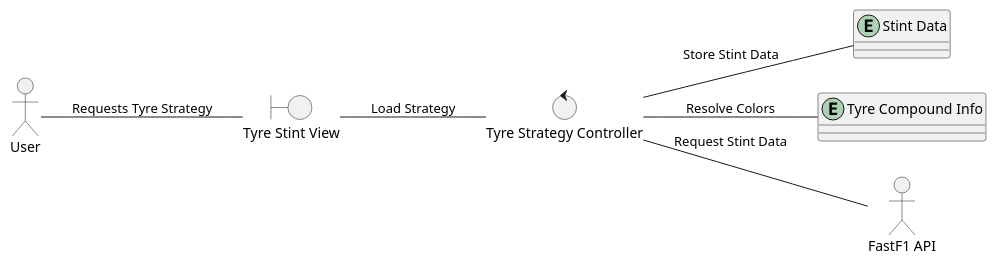
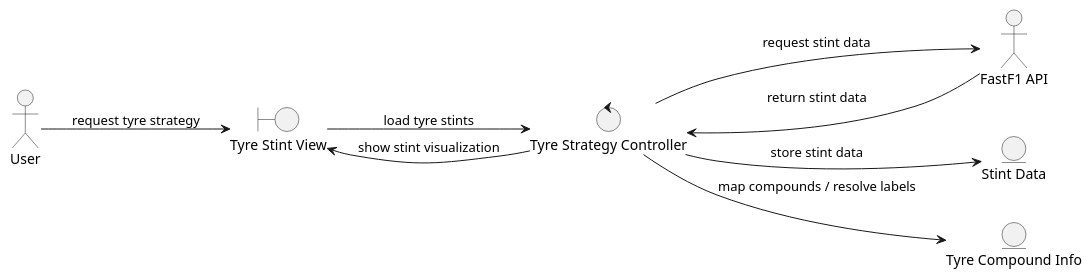
Before and after one commit to AB0204/Team_OOAD23: the diagram in Analysis/View_Tyre_Stints.puml, drawn with PlantUML.

```diff
--- a/Analysis/View_Tyre_Stints.puml
+++ b/Analysis/View_Tyre_Stints.puml
@@ -1,18 +1,22 @@
 @startuml
 left to right direction
 skinparam backgroundColor white
-allow_mixing
 
-actor User
+actor "User" as User
+actor "FastF1 API" as API
+
 boundary "Tyre Stint View" as GUI
 control "Tyre Strategy Controller" as CTRL
 entity "Stint Data" as STINT
 entity "Tyre Compound Info" as TYRE
-actor "FastF1 API" as API
 
-User -- GUI : Requests Tyre Strategy
-GUI -- CTRL : Load Strategy
-CTRL -- API : Request Stint Data
-CTRL -- STINT : Store Stint Data
-CTRL -- TYRE : Resolve Colors
+User --> GUI : request tyre strategy
+GUI --> CTRL : load tyre stints
+
+CTRL --> API : request stint data
+API --> CTRL : return stint data
+
+CTRL --> STINT : store stint data
+CTRL --> TYRE : map compounds / resolve labels
+CTRL --> GUI : show stint visualization
 @enduml
```
